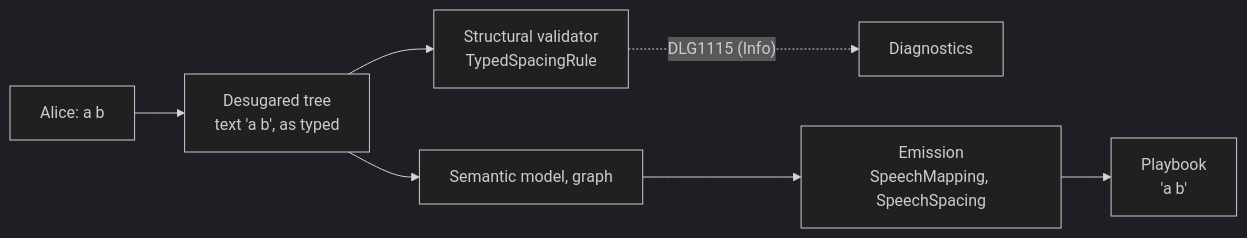
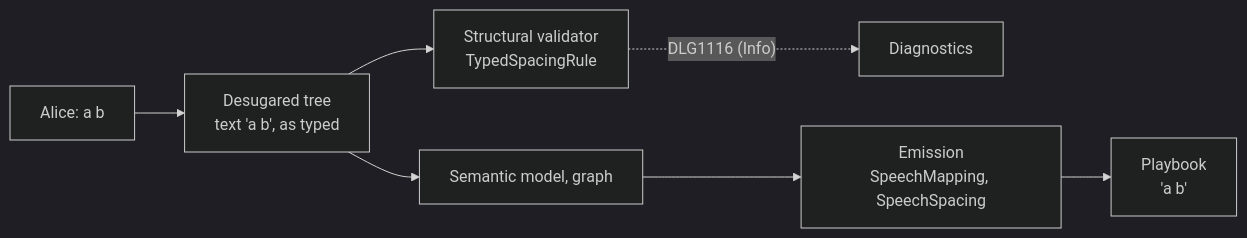
One commit to pengzhengyi/dialoguedown changed the diagram in docs/contributing/design-notes/language/Speech Whitespace.md. Above: the diagram before and after it, drawn with Mermaid (dark theme). The commit also changed other lines of this file and 1 other file, not shown here.

First line of the commit message:
docs(design): number the typed-spacing note DLG1116

````diff
--- a/docs/contributing/design-notes/language/Speech Whitespace.md
+++ b/docs/contributing/design-notes/language/Speech Whitespace.md
@@ -290,9 +290,9 @@
 ```mermaid
 flowchart LR
     SRC["Alice: a    b"] --> DT["Desugared tree<br/>text 'a    b', as typed"]
     DT --> VAL["Structural validator<br/>TypedSpacingRule"]
-    VAL -. "DLG1115 (Info)" .-> SINK["Diagnostics"]
+    VAL -. "DLG1116 (Info)" .-> SINK["Diagnostics"]
     DT --> MID["Semantic model, graph"]
     MID --> EM["Emission<br/>SpeechMapping, SpeechSpacing"]
     EM --> PB["Playbook<br/>'a b'"]
 ```
````
